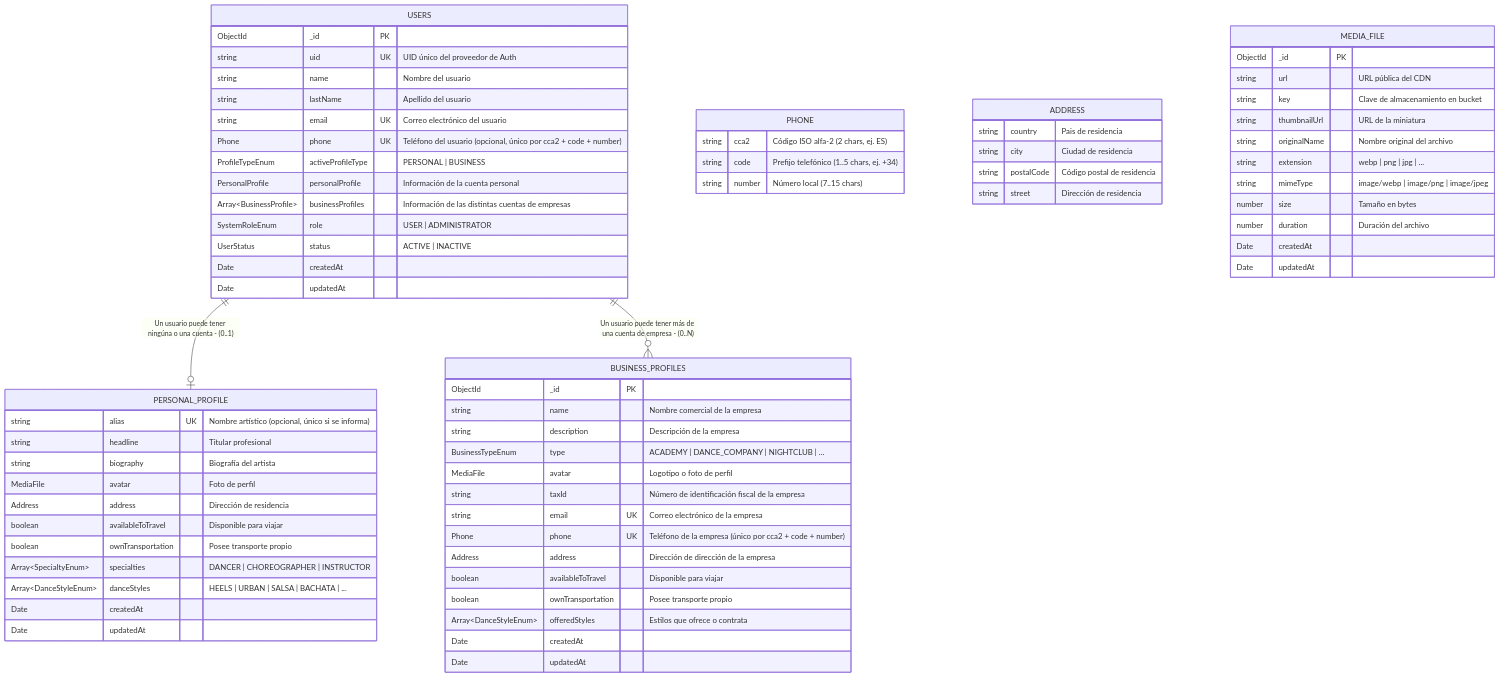
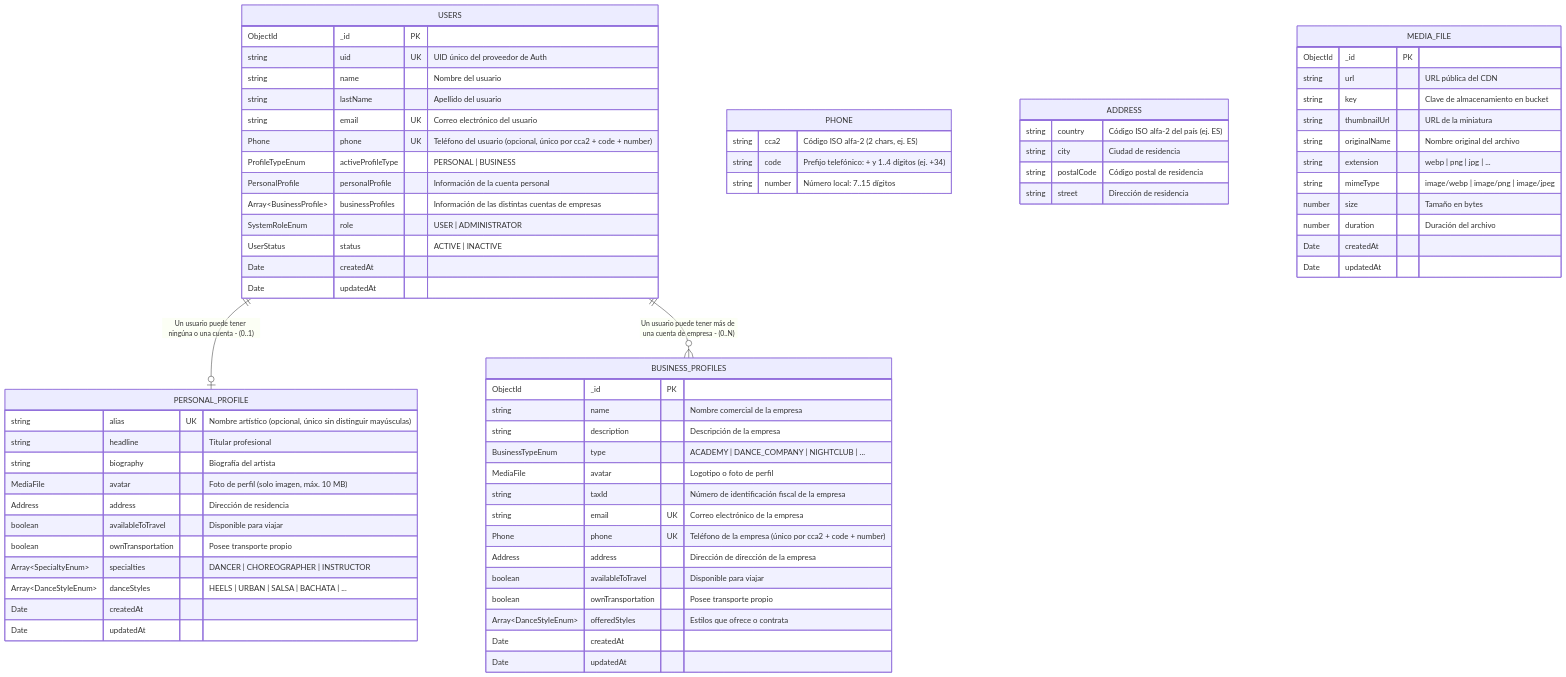
The diagram in docs/architecture/entity-relationship-diagram.md (Joel287g/talent-hub), drawn with Mermaid before and after one commit. The commit also changed 18 other files, not shown here.

```diff
--- a/docs/architecture/entity-relationship-diagram.md
+++ b/docs/architecture/entity-relationship-diagram.md
@@ -38,10 +38,10 @@
     }
 
     PERSONAL_PROFILE {
-        string alias UK "Nombre artístico (opcional, único si se informa)"
+        string alias UK "Nombre artístico (opcional, único sin distinguir mayúsculas)"
         string headline "Titular profesional"
         string biography "Biografía del artista"
-        MediaFile avatar "Foto de perfil"
+        MediaFile avatar "Foto de perfil (solo imagen, máx. 10 MB)"
 
         Address address "Dirección de residencia"
 
@@ -80,12 +80,12 @@
 
     PHONE {
         string cca2 "Código ISO alfa-2 (2 chars, ej. ES)"
-        string code "Prefijo telefónico (1..5 chars, ej. +34)"
-        string number "Número local (7..15 chars)"
+        string code "Prefijo telefónico: + y 1..4 dígitos (ej. +34)"
+        string number "Número local: 7..15 dígitos"
     }
 
     ADDRESS {
-        string country "Pais de residencia"
+        string country "Código ISO alfa-2 del país (ej. ES)"
         string city "Ciudad de residencia"
         string postalCode "Código postal de residencia"
         string street "Dirección de residencia"
```
